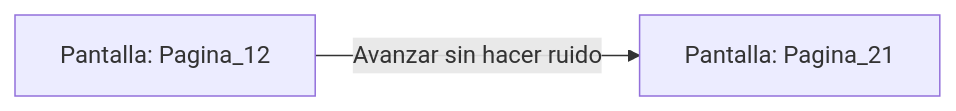
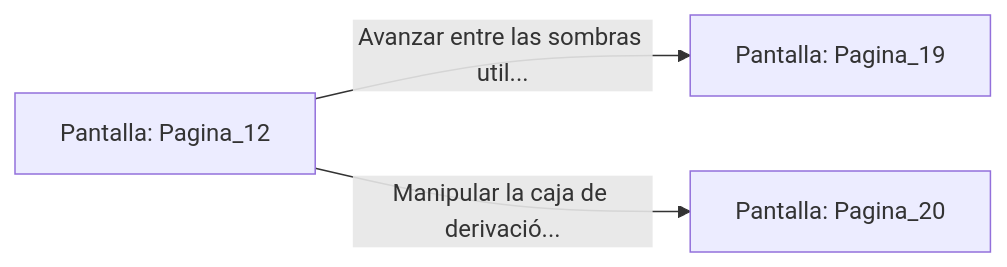
One commit to metsuke/mpl changed the diagram in sample/eligejuego-vault/Pantalla_Pagina_12.md. Above: the diagram before and after it, drawn with Mermaid. The commit also changed other lines of this file and 635 other files, not shown here.

First line of the commit message:
fix: añadir Pagina_1 como pantalla inicial en capitulo_01.mpl

````diff
--- a/sample/eligejuego-vault/Pantalla_Pagina_12.md
+++ b/sample/eligejuego-vault/Pantalla_Pagina_12.md
@@ -14,5 +24,6 @@
 ```mermaid
 graph LR
     P_Pagina_12["Pantalla: Pagina_12"]
-    P_Pagina_12 -->|"Avanzar sin hacer ruido"| P_Pagina_21["Pantalla: Pagina_21"]
+    P_Pagina_12 -->|"Avanzar entre las sombras util..."| P_Pagina_19["Pantalla: Pagina_19"]
+    P_Pagina_12 -->|"Manipular la caja de derivació..."| P_Pagina_20["Pantalla: Pagina_20"]
 ```
````
